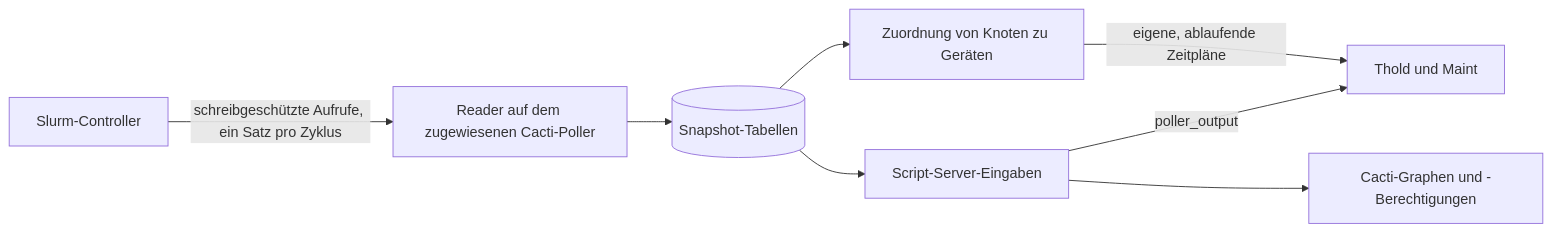
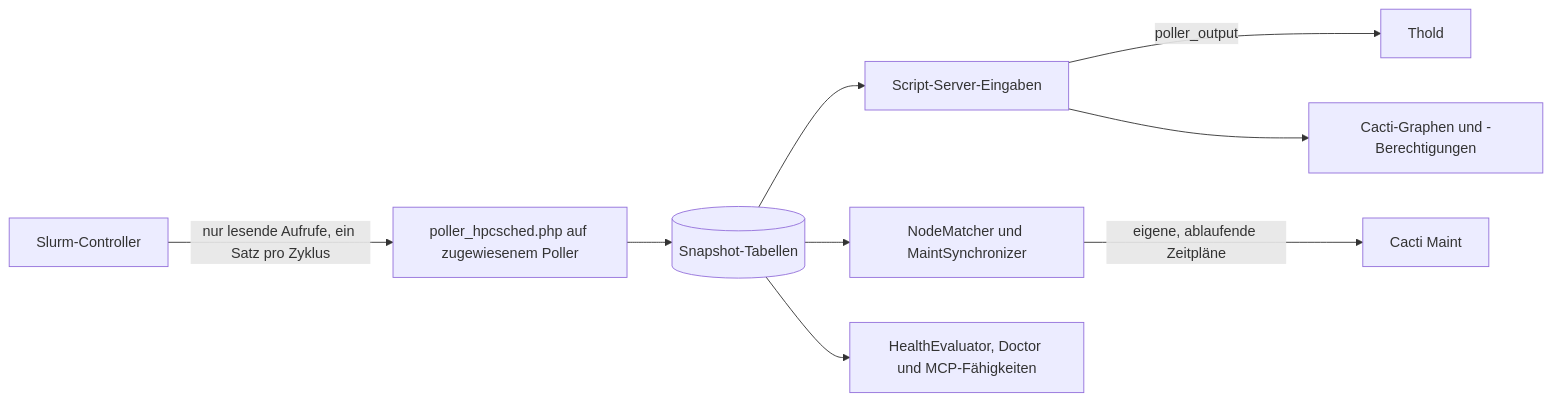
Before and after one commit to somethingwithproof/plugin_hpcsched: the diagram in docs/i18n/de-DE/README.md, drawn with Mermaid. The commit also changed other lines of this file and 48 other files, not shown here.

````diff
--- a/docs/i18n/de-DE/README.md
+++ b/docs/i18n/de-DE/README.md
@@ -99,10 +163,11 @@
 ```mermaid
 flowchart LR
-    S[Slurm-Controller] -->|schreibgeschützte Aufrufe, ein Satz pro Zyklus| R[Reader auf dem zugewiesenen Cacti-Poller]
+    S[Slurm-Controller] -->|nur lesende Aufrufe, ein Satz pro Zyklus| R[poller_hpcsched.php auf zugewiesenem Poller]
     R --> SNAP[(Snapshot-Tabellen)]
     SNAP --> SS[Script-Server-Eingaben]
-    SS -->|poller_output| T[Thold und Maint]
+    SS -->|poller_output| T[Thold]
     SS --> G[Cacti-Graphen und -Berechtigungen]
-    SNAP --> MAP[Zuordnung von Knoten zu Geräten]
-    MAP -->|eigene, ablaufende Zeitpläne| T
+    SNAP --> MAP[NodeMatcher und MaintSynchronizer]
+    MAP -->|eigene, ablaufende Zeitpläne| M[Cacti Maint]
+    SNAP --> H[HealthEvaluator, Doctor und MCP-Fähigkeiten]
 ```
````
